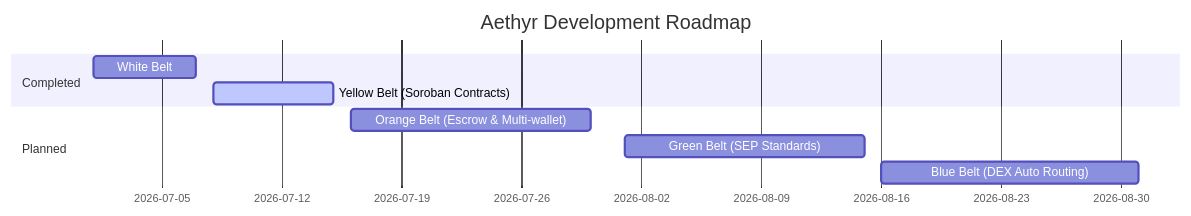
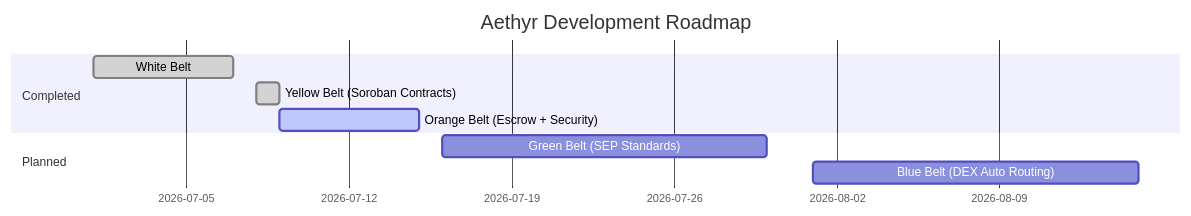
Before and after one commit to pablo-pica/aether: the second of 2 diagrams in README.md, drawn with Mermaid. The commit also changed other lines of this file, not shown here.

Commit message:
docs: comprehensive README rewrite with security model, gasless relayer, and updated test metrics

````diff
--- a/README.md
+++ b/README.md
@@ -201,12 +262,12 @@
 ```mermaid
 gantt
     title Aethyr Development Roadmap
     dateFormat  YYYY-MM-DD
     section Completed
-    White Belt :2026-07-01, 2026-07-07
-    Yellow Belt (Soroban Contracts) :active, 2026-07-08, 2026-07-15
+    White Belt :done, 2026-07-01, 2026-07-07
+    Yellow Belt (Soroban Contracts) :done, 2026-07-08, 2026-07-09
+    Orange Belt (Escrow + Security) :active, 2026-07-09, 2026-07-15
     section Planned
-    Orange Belt (Escrow & Multi-wallet) :2026-07-16, 2026-07-30
-    Green Belt (SEP Standards) :2026-08-01, 2026-08-15
-    Blue Belt (DEX Auto Routing) :2026-08-16, 2026-08-31
+    Green Belt (SEP Standards) :2026-07-16, 2026-07-30
+    Blue Belt (DEX Auto Routing) :2026-08-01, 2026-08-15
 ```
````
